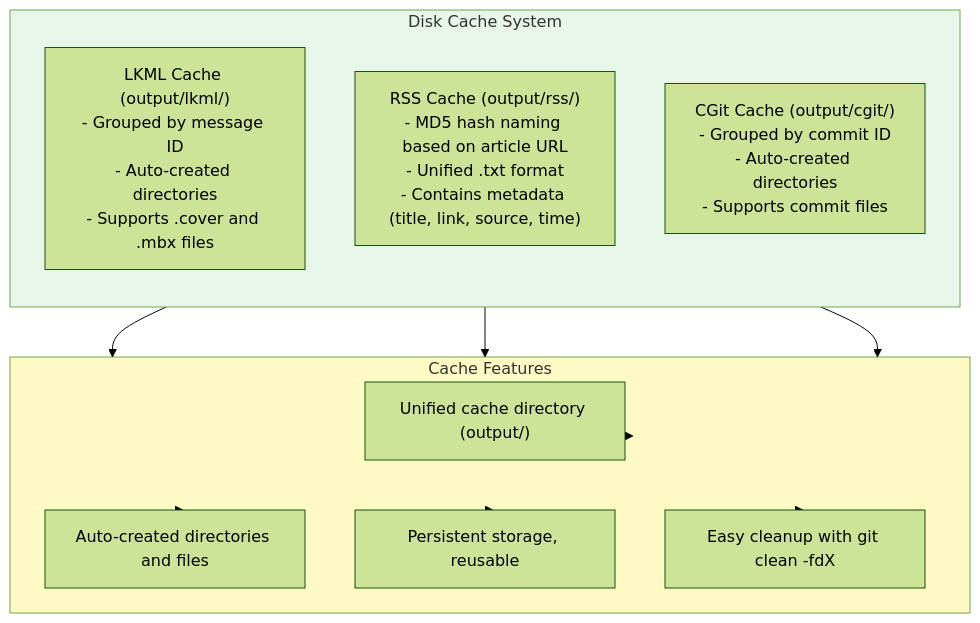
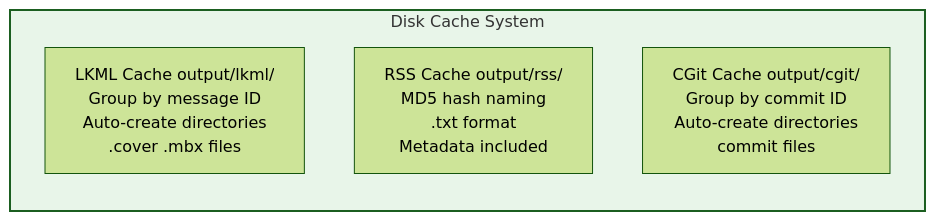
The diagram in diagrams/cache-system.mmd (gatieme/kde), drawn with Mermaid (forest theme) before and after one commit. The commit also changed other lines of this file and 66 other files, not shown here.

First line of the commit message:
docs(diagrams): regenerate and update architecture diagrams

````diff
--- a/diagrams/cache-system.mmd
+++ b/diagrams/cache-system.mmd
@@ -3,31 +1,9 @@
-```mermaid
-flowchart TD
-    subgraph CacheSystem["Disk Cache System"]
+flowchart LR
+    subgraph System["Disk Cache System"]
         direction TB
-
-        LKML_CACHE["LKML Cache (output/lkml/)<br/>- Grouped by message ID<br/>- Auto-created directories<br/>- Supports .cover and .mbx files"]
-
-        RSS_CACHE["RSS Cache (output/rss/)<br/>- MD5 hash naming based on article URL<br/>- Unified .txt format<br/>- Contains metadata (title, link, source, time)"]
-
-        CGIT_CACHE["CGit Cache (output/cgit/)<br/>- Grouped by commit ID<br/>- Auto-created directories<br/>- Supports commit files"]
+        LKML_CACHE["LKML Cache output/lkml/<br/>Group by message ID<br/>Auto-create directories<br/>.cover .mbx files"]
+        RSS_CACHE["RSS Cache output/rss/<br/>MD5 hash naming<br/>.txt format<br/>Metadata included"]
+        CGIT_CACHE["CGit Cache output/cgit/<br/>Group by commit ID<br/>Auto-create directories<br/>commit files"]
     end
 
-    subgraph Features["Cache Features"]
-        UNIFIED["Unified cache directory (output/)"]
-        AUTO_CREATE["Auto-created directories and files"]
-        PERSISTENT["Persistent storage, reusable"]
-        CLEANUP["Easy cleanup with git clean -fdX"]
-    end
-
-    LKML_CACHE --> Features
-    RSS_CACHE --> Features
-    CGIT_CACHE --> Features
-
-    Features --> UNIFIED
-    Features --> AUTO_CREATE
-    Features --> PERSISTENT
-    Features --> CLEANUP
-
-    style CacheSystem fill:#e8f5e9
-    style Features fill:#fff9c4
-```
+    style System fill:#e8f5e9,stroke:#1b5e20,stroke-width:2px
````
